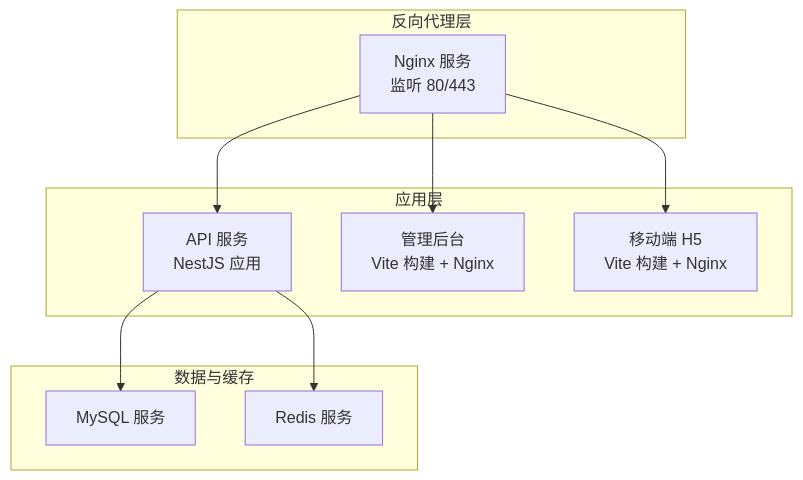
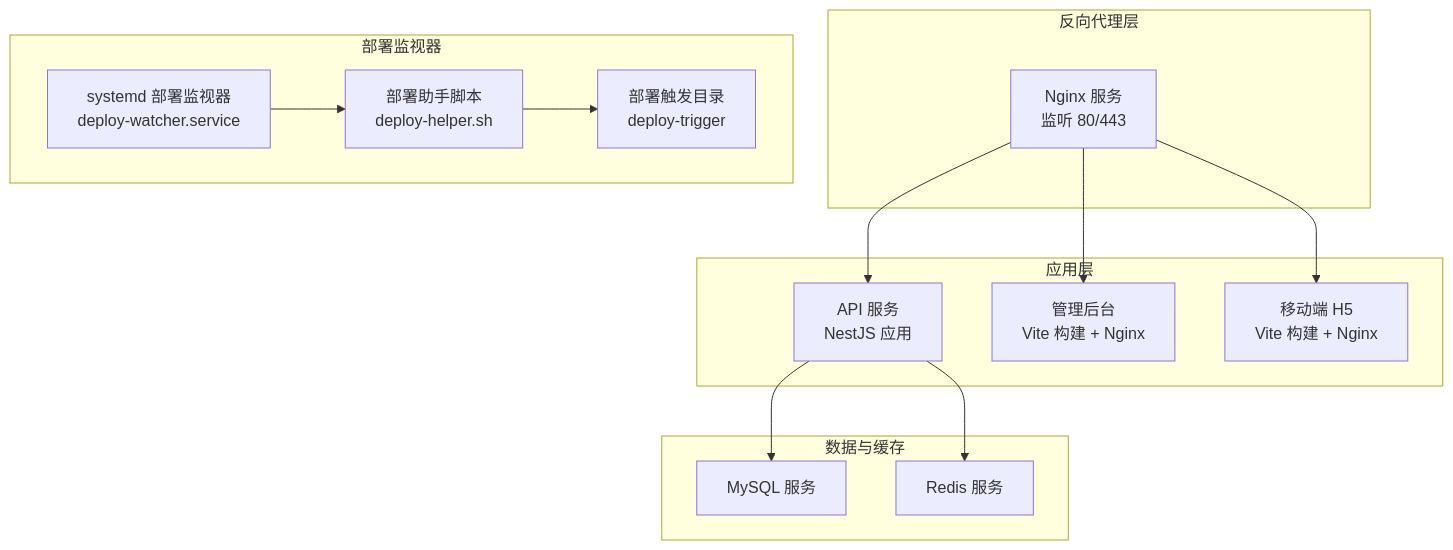
Before and after one commit to huoqingzhu446/fortune-hub: the first of 3 diagrams in .qoder/repowiki/zh/content/部署运维/生产环境部署.md, drawn with Mermaid. The commit also changed other lines of this file and 6 other files, not shown here.

````diff
--- a/.qoder/repowiki/zh/content/部署运维/生产环境部署.md
+++ b/.qoder/repowiki/zh/content/部署运维/生产环境部署.md
@@ -39,20 +42,27 @@
 ```mermaid
 graph TB
 subgraph "反向代理层"
 NGINX["Nginx 服务<br/>监听 80/443"]
 end
 subgraph "应用层"
 API["API 服务<br/>NestJS 应用"]
 ADMIN["管理后台<br/>Vite 构建 + Nginx"]
 MOBILE["移动端 H5<br/>Vite 构建 + Nginx"]
 end
 subgraph "数据与缓存"
 MYSQL["MySQL 服务"]
 REDIS["Redis 服务"]
 end
+subgraph "部署监视器"
+WATCHER["systemd 部署监视器<br/>deploy-watcher.service"]
+HELPER["部署助手脚本<br/>deploy-helper.sh"]
+TRIGGER["部署触发目录<br/>deploy-trigger"]
+end
 NGINX --> API
 NGINX --> ADMIN
 NGINX --> MOBILE
 API --> MYSQL
 API --> REDIS
+WATCHER --> HELPER
+HELPER --> TRIGGER
 ```
````
